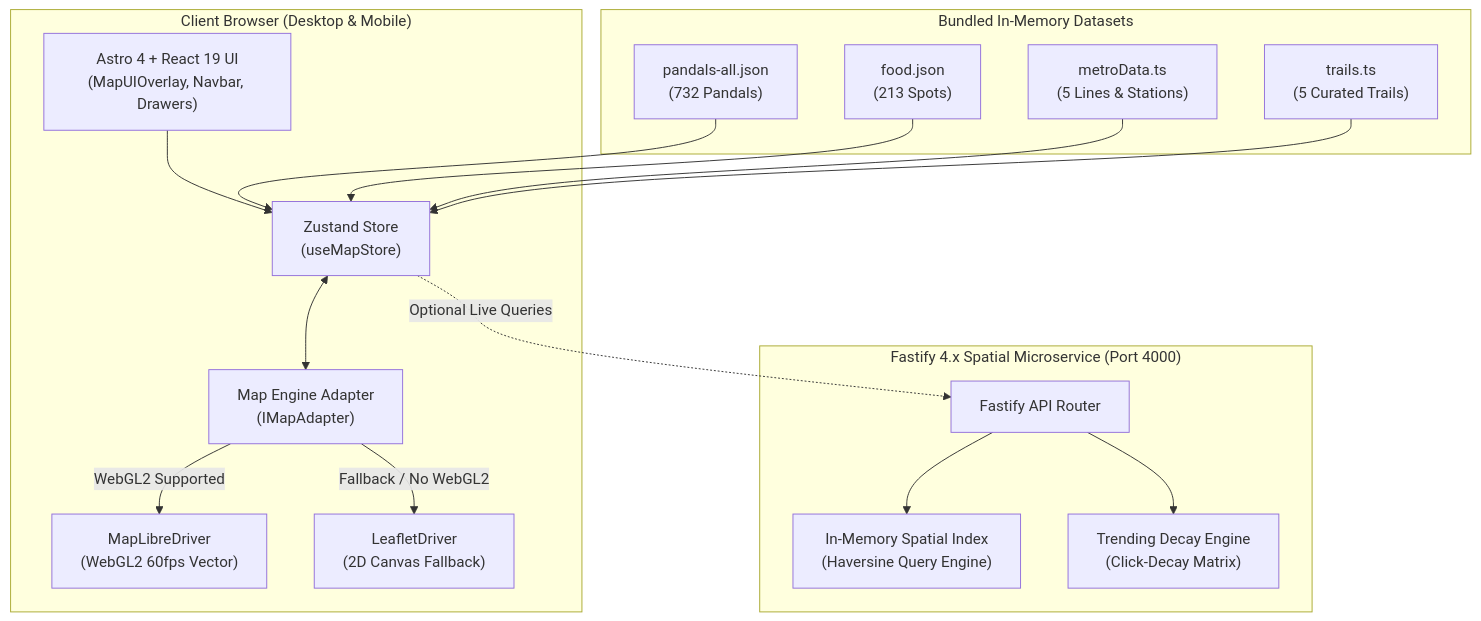
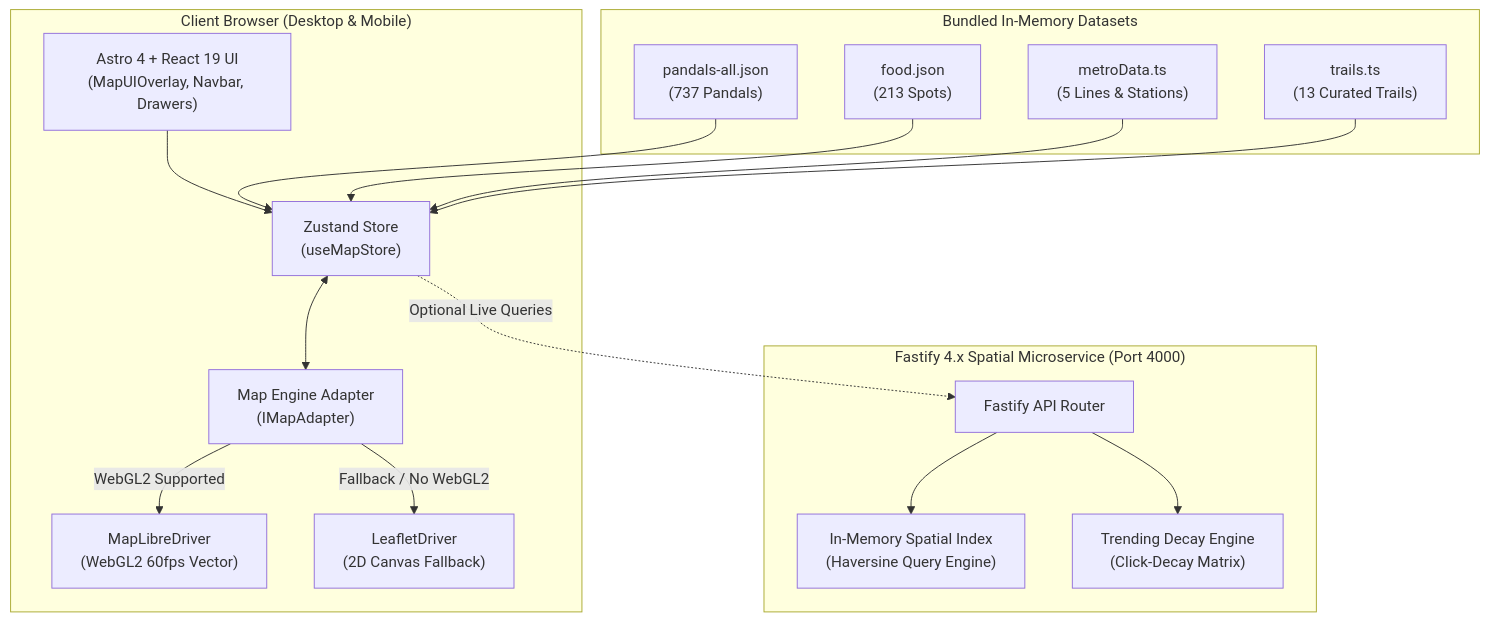
One commit to asg-7/PujoAtlas changed the diagram in README.md. Above: the diagram before and after it, drawn with Mermaid. The commit also changed other lines of this file and 2 other files, not shown here.

Commit message:
docs: update comprehensive readme and explore view for 13 trails and 737 pandals

````diff
--- a/README.md
+++ b/README.md
@@ -41,31 +41,31 @@
 ```mermaid
 flowchart TD
     subgraph Client ["Client Browser (Desktop & Mobile)"]
         UI["Astro 4 + React 19 UI\n(MapUIOverlay, Navbar, Drawers)"]
         Store["Zustand Store\n(useMapStore)"]
         Adapter["Map Engine Adapter\n(IMapAdapter)"]
         ML["MapLibreDriver\n(WebGL2 60fps Vector)"]
         LF["LeafletDriver\n(2D Canvas Fallback)"]
     end
 
     subgraph Data ["Bundled In-Memory Datasets"]
-        PAll["pandals-all.json\n(732 Pandals)"]
+        PAll["pandals-all.json\n(737 Pandals)"]
         Food["food.json\n(213 Spots)"]
         Metro["metroData.ts\n(5 Lines & Stations)"]
-        Trails["trails.ts\n(5 Curated Trails)"]
+        Trails["trails.ts\n(13 Curated Trails)"]
     end
 
     subgraph Server ["Fastify 4.x Spatial Microservice (Port 4000)"]
         API["Fastify API Router"]
         Spatial["In-Memory Spatial Index\n(Haversine Query Engine)"]
         Trend["Trending Decay Engine\n(Click-Decay Matrix)"]
     end
 
     UI --> Store
     Store <--> Adapter
     Adapter -->|WebGL2 Supported| ML
     Adapter -->|Fallback / No WebGL2| LF
     PAll & Food & Metro & Trails --> Store
     Store -.->|Optional Live Queries| API
     API --> Spatial & Trend
 ```
````
